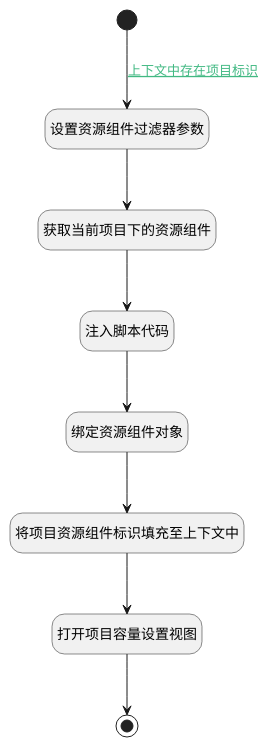
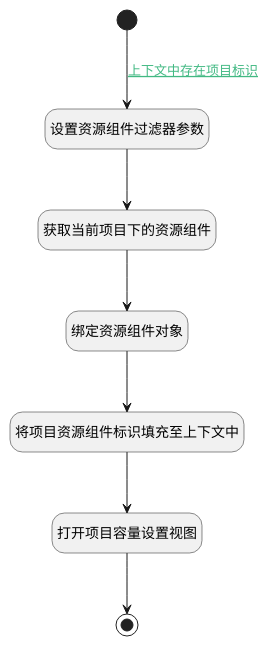
Before and after one commit to iBizLab/iBizPLM: the diagram in doc/docsify/module/Base/addon_resource/uilogic/open_project_capacity.md, drawn with PlantUML. The commit also changed other lines of this file and 1454 other files, not shown here.

````diff
--- a/doc/docsify/module/Base/addon_resource/uilogic/open_project_capacity.md
+++ b/doc/docsify/module/Base/addon_resource/uilogic/open_project_capacity.md
@@ -7,31 +7,29 @@
 ```plantuml
 @startuml
 hide footbox
 <style>
 root {
   HyperlinkColor #42b983
 }
 </style>
 
 hide empty description
 state "开始" as Begin <<start>> [[$./open_project_capacity#begin {开始}]]
+state "打开项目容量设置视图" as DEUIACTION1  [[$./open_project_capacity#deuiaction1 {打开项目容量设置视图}]]
+state "将项目资源组件标识填充至上下文中" as PREPAREJSPARAM2  [[$./open_project_capacity#preparejsparam2 {将项目资源组件标识填充至上下文中}]]
+state "绑定资源组件对象" as BINDPARAM1  [[$./open_project_capacity#bindparam1 {绑定资源组件对象}]]
+state "结束" as END1 <<end>> [[$./open_project_capacity#end1 {结束}]]
+state "设置资源组件过滤器参数" as PREPAREJSPARAM1  [[$./open_project_capacity#preparejsparam1 {设置资源组件过滤器参数}]]
 state "获取当前项目下的资源组件" as DEDATASET1  [[$./open_project_capacity#dedataset1 {获取当前项目下的资源组件}]]
-state "绑定资源组件对象" as BINDPARAM1  [[$./open_project_capacity#bindparam1 {绑定资源组件对象}]]
-state "注入脚本代码" as RAWJSCODE1  [[$./open_project_capacity#rawjscode1 {注入脚本代码}]]
-state "设置资源组件过滤器参数" as PREPAREJSPARAM1  [[$./open_project_capacity#preparejsparam1 {设置资源组件过滤器参数}]]
-state "打开项目容量设置视图" as DEUIACTION1  [[$./open_project_capacity#deuiaction1 {打开项目容量设置视图}]]
-state "结束" as END1 <<end>> [[$./open_project_capacity#end1 {结束}]]
-state "将项目资源组件标识填充至上下文中" as PREPAREJSPARAM2  [[$./open_project_capacity#preparejsparam2 {将项目资源组件标识填充至上下文中}]]
 
 
 Begin --> PREPAREJSPARAM1 : [[$./open_project_capacity#begin-preparejsparam1{上下文中存在项目标识} 上下文中存在项目标识]]
 PREPAREJSPARAM1 --> DEDATASET1
-DEDATASET1 --> RAWJSCODE1
-RAWJSCODE1 --> BINDPARAM1
+DEDATASET1 --> BINDPARAM1
 BINDPARAM1 --> PREPAREJSPARAM2
 PREPAREJSPARAM2 --> DEUIACTION1
 DEUIACTION1 --> END1
 
 
 @enduml
 ```
````
